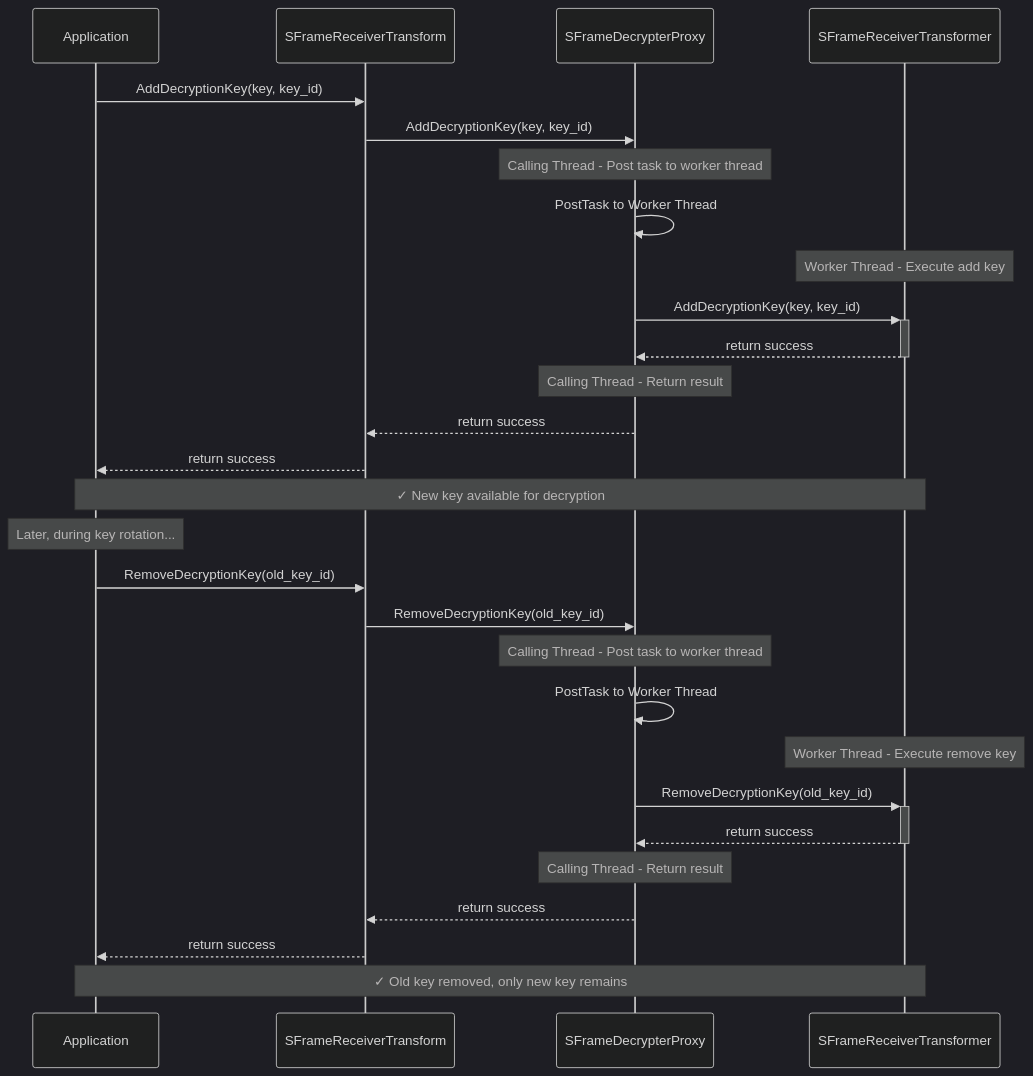
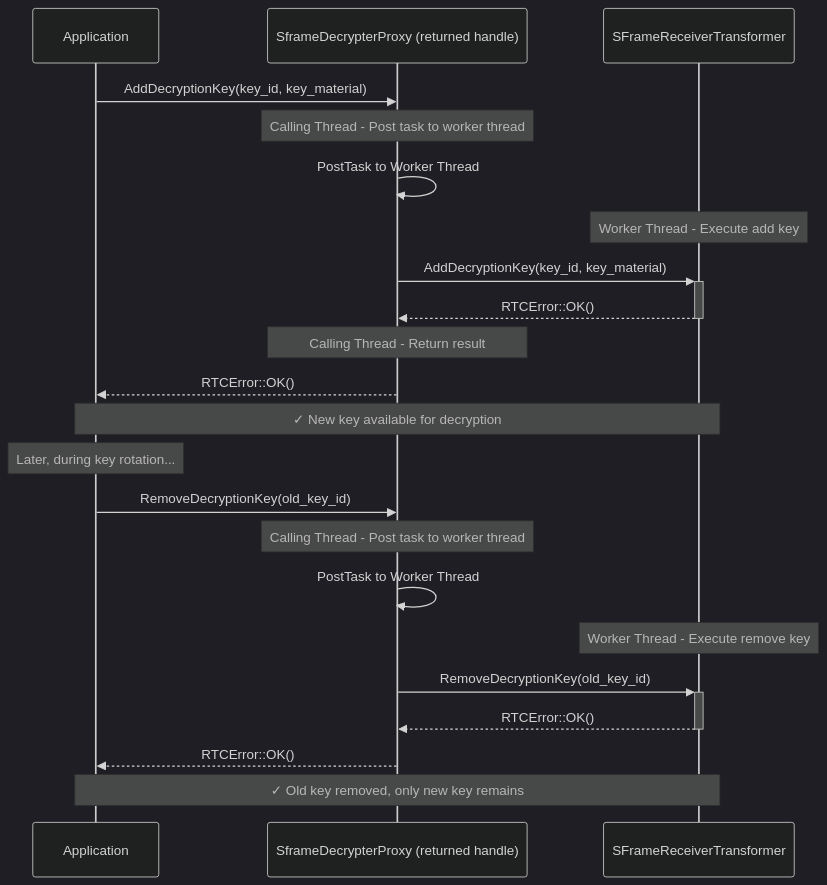
One commit to webex/webrtc-sframe changed diagram 12 of 20 in README.md. Above: the diagram before and after it, drawn with Mermaid (dark theme). The commit also changed other lines of this file and 1 other file, not shown here.

````diff
--- a/README.md
+++ b/README.md
@@ -475,41 +412,35 @@
 ```mermaid
 sequenceDiagram
     participant App as Application
-    participant ReceiverTransform as SFrameReceiverTransform
-    participant Proxy as SFrameDecrypterProxy
+    participant Proxy as SframeDecrypterProxy (returned handle)
     participant Transformer as SFrameReceiverTransformer
 
-    App->>ReceiverTransform: AddDecryptionKey(key, key_id)
-    ReceiverTransform->>Proxy: AddDecryptionKey(key, key_id)
+    App->>Proxy: AddDecryptionKey(key_id, key_material)
     
     Note over Proxy: Calling Thread - Post task to worker thread
     Proxy->>Proxy: PostTask to Worker Thread
     
     Note over Transformer: Worker Thread - Execute add key
-    Proxy->>+Transformer: AddDecryptionKey(key, key_id)
-    Transformer-->>-Proxy: return success
+    Proxy->>+Transformer: AddDecryptionKey(key_id, key_material)
+    Transformer-->>-Proxy: RTCError::OK()
     
     Note over Proxy: Calling Thread - Return result
-    Proxy-->>ReceiverTransform: return success
-    ReceiverTransform-->>App: return success
+    Proxy-->>App: RTCError::OK()
     
     Note over App,Transformer: ✓ New key available for decryption
     
     Note over App: Later, during key rotation...
     
-    App->>ReceiverTransform: RemoveDecryptionKey(old_key_id)
-    ReceiverTransform->>Proxy: RemoveDecryptionKey(old_key_id)
+    App->>Proxy: RemoveDecryptionKey(old_key_id)
     
     Note over Proxy: Calling Thread - Post task to worker thread
     Proxy->>Proxy: PostTask to Worker Thread
     
     Note over Transformer: Worker Thread - Execute remove key
     Proxy->>+Transformer: RemoveDecryptionKey(old_key_id)
-    Transformer-->>-Proxy: return success
+    Transformer-->>-Proxy: RTCError::OK()
     
-    Note over Proxy: Calling Thread - Return result
-    Proxy-->>ReceiverTransform: return success
-    ReceiverTransform-->>App: return success
+    Proxy-->>App: RTCError::OK()
     
     Note over App,Transformer: ✓ Old key removed, only new key remains
 ```
````
